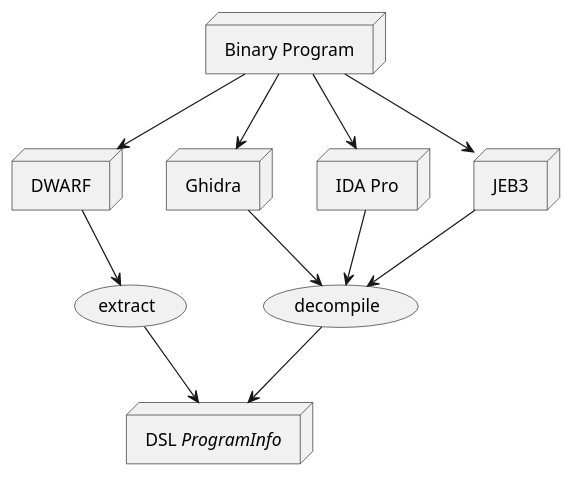
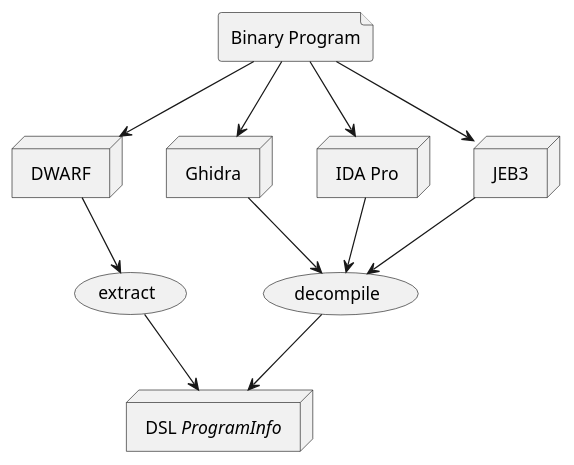
Before and after one commit to jace-kline/thesis: the diagram in figures/proginfo-sources.puml, drawn with PlantUML. The commit also changed 27 other files, not shown here.

```diff
--- a/figures/proginfo-sources.puml
+++ b/figures/proginfo-sources.puml
@@ -1,30 +1,30 @@
 @startuml proginfo-sources
 
-node "Binary Program" as prog
+file "Binary Program" as prog
 
 node "DSL //ProgramInfo//" as dsl
 
 node "DWARF" as dwarf
 
 (extract) as extract
 (decompile) as decompile
 
 node "Ghidra" as ghidra
 node "IDA Pro" as ida
 node "JEB3" as jeb3
 
 prog --> dwarf
 prog --> ghidra
 prog --> ida
 prog --> jeb3
 
 dwarf --> extract
 
 ghidra --> decompile
 ida --> decompile
 jeb3 --> decompile
 
 extract --> dsl
 decompile --> dsl
 
 @enduml
```
